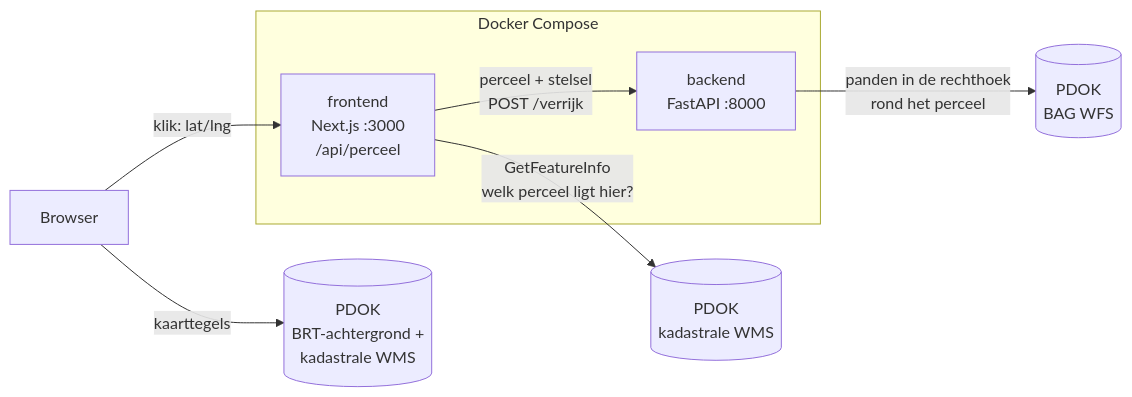
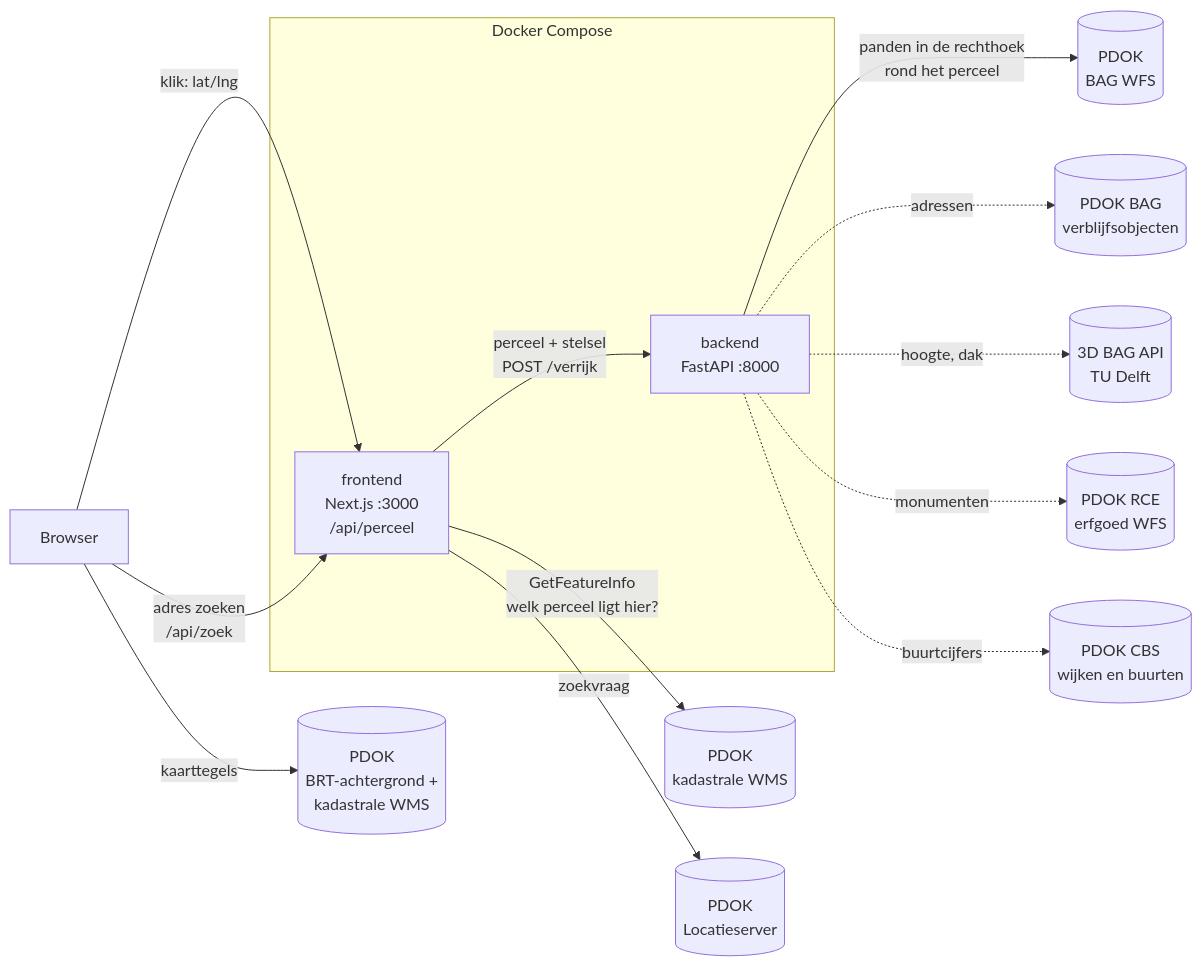
Before and after one commit to JohnHide007/perceelverkenner: the diagram in README.md, drawn with Mermaid. The commit also changed other lines of this file and 21 other files, not shown here.

First line of the commit message:
feat: meer bronnen (adressen, 3D BAG, erfgoed, CBS) + nieuw ontwerp

````diff
--- a/README.md
+++ b/README.md
@@ -34,13 +41,19 @@
 ```mermaid
 flowchart LR
     B[Browser] -->|kaarttegels| P1[(PDOK<br/>BRT-achtergrond +<br/>kadastrale WMS)]
     B -->|"klik: lat/lng"| F[frontend<br/>Next.js :3000<br/>/api/perceel]
     F -->|"GetFeatureInfo<br/>welk perceel ligt hier?"| P2[(PDOK<br/>kadastrale WMS)]
     F -->|"perceel + stelsel<br/>POST /verrijk"| BE[backend<br/>FastAPI :8000]
     BE -->|"panden in de rechthoek<br/>rond het perceel"| P3[(PDOK<br/>BAG WFS)]
+    BE -.->|adressen| P4[(PDOK BAG<br/>verblijfsobjecten)]
+    BE -.->|hoogte, dak| P5[(3D BAG API<br/>TU Delft)]
+    BE -.->|monumenten| P6[(PDOK RCE<br/>erfgoed WFS)]
+    BE -.->|buurtcijfers| P7[(PDOK CBS<br/>wijken en buurten)]
+    B -->|"adres zoeken<br/>/api/zoek"| F
+    F -->|zoekvraag| P8[(PDOK<br/>Locatieserver)]
 
     subgraph Docker Compose
         F
         BE
     end
 ```
````
